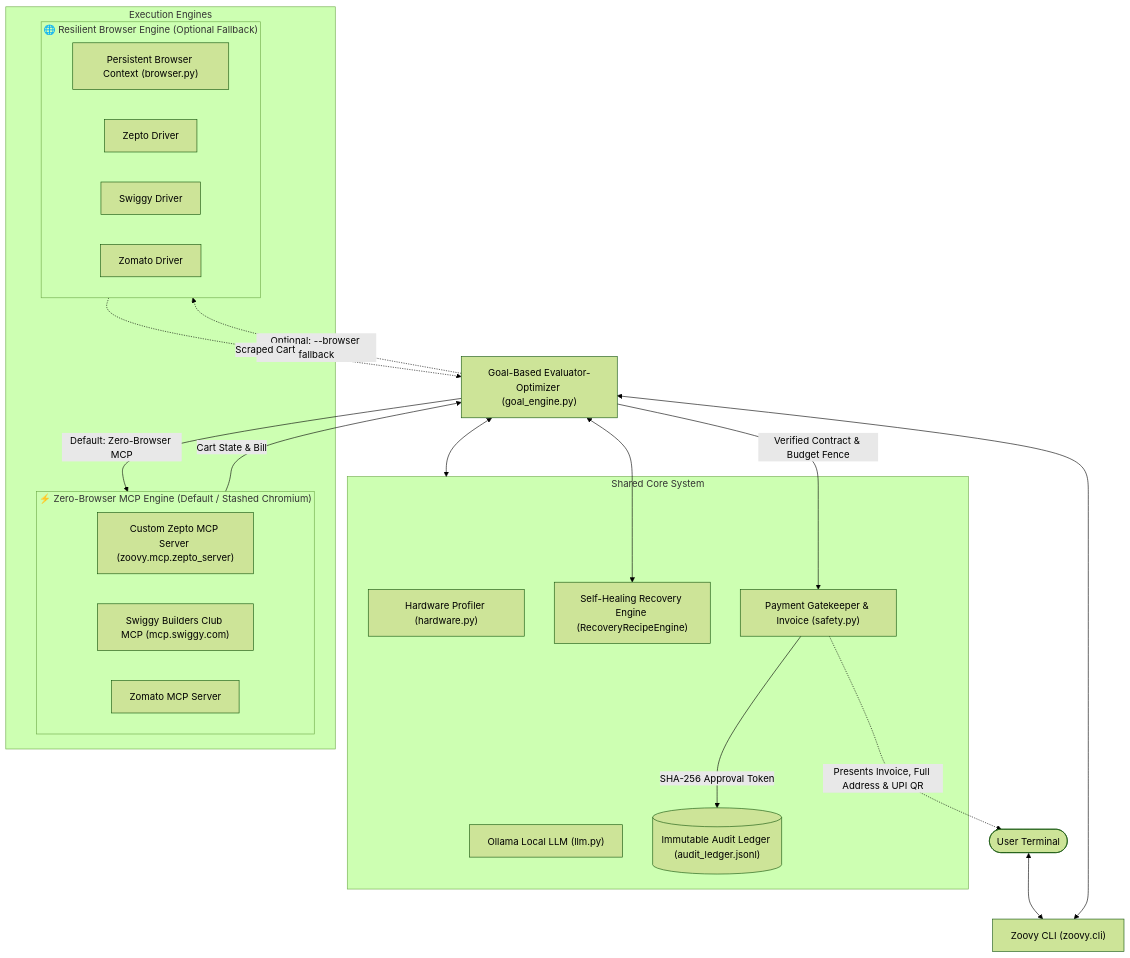
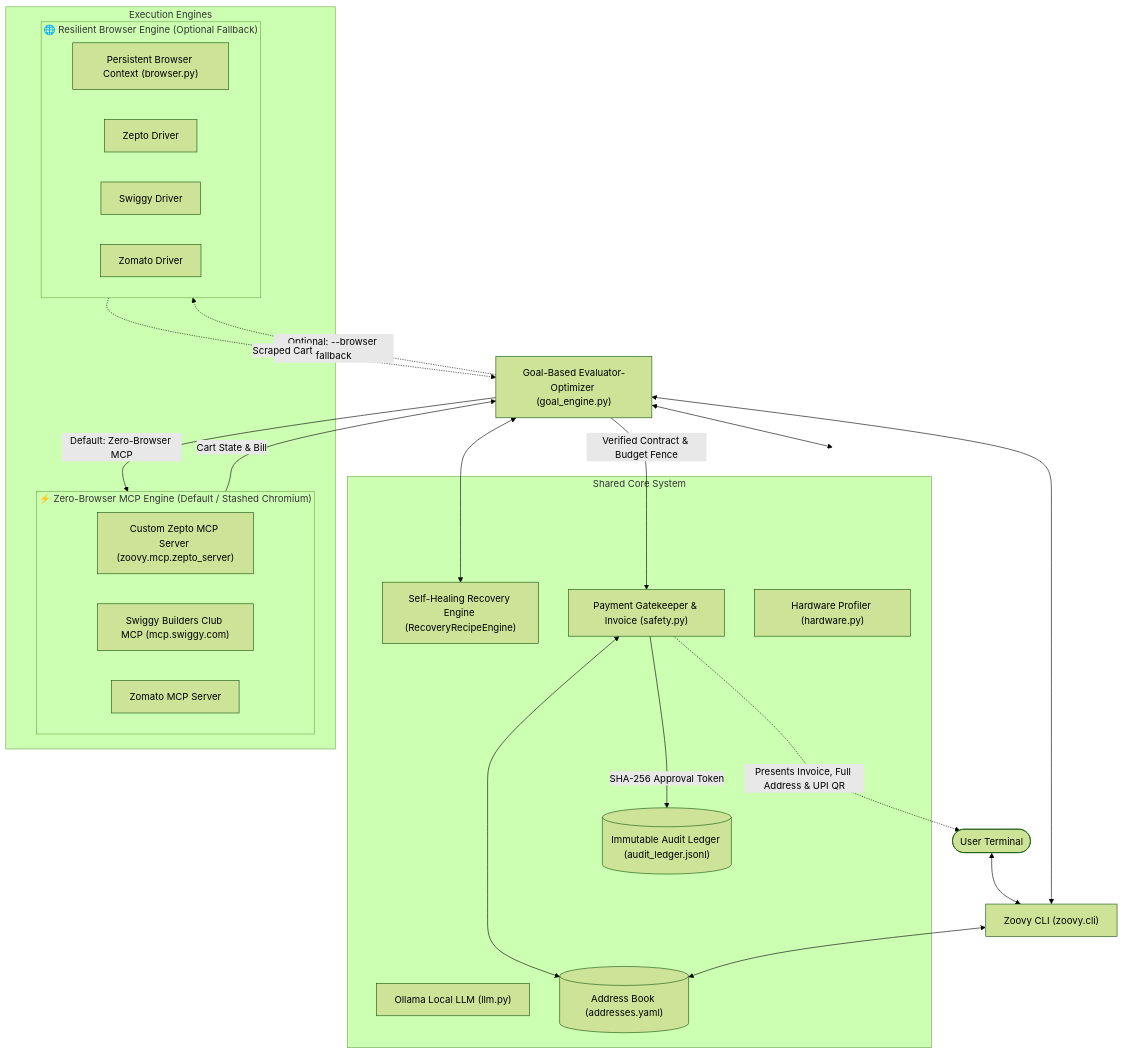
One commit to akusa-03/zoovy changed the diagram in README.md. Above: the diagram before and after it, drawn with Mermaid (forest theme). The commit also changed other lines of this file and 10 other files, not shown here.

Commit message:
feat: eliminate placeholder addresses, add AddressBook and zoovy address CLI (v0.4.1)

````diff
--- a/README.md
+++ b/README.md
@@ -39,41 +39,44 @@
 ```mermaid
 flowchart TD
     User(["User Terminal"]) <--> CLI["Zoovy CLI (zoovy.cli)"]
     CLI <--> GoalEngine["Goal-Based Evaluator-Optimizer (goal_engine.py)"]
 
     subgraph Core ["Shared Core System"]
         HW["Hardware Profiler (hardware.py)"]
         LLM["Ollama Local LLM (llm.py)"]
         Recovery["Self-Healing Recovery Engine (RecoveryRecipeEngine)"]
+        AddrBook[("Address Book (addresses.yaml)")]
         Gate["Payment Gatekeeper & Invoice (safety.py)"]
         Ledger[("Immutable Audit Ledger (audit_ledger.jsonl)")]
     end
 
     GoalEngine <--> Core
     GoalEngine <--> Recovery
+    CLI <--> AddrBook
+    Gate <--> AddrBook
 
     subgraph ExecutionEngines ["Execution Engines"]
         subgraph MCPEngine ["⚡ Zero-Browser MCP Engine (Default / Stashed Chromium)"]
             ZeptoMCP["Custom Zepto MCP Server (zoovy.mcp.zepto_server)"]
             SwiggyMCP["Swiggy Builders Club MCP (mcp.swiggy.com)"]
             ZomatoMCP["Zomato MCP Server"]
         end
 
         subgraph BrowserEngine ["🌐 Resilient Browser Engine (Optional Fallback)"]
             Playwright["Persistent Browser Context (browser.py)"]
             ZeptoDriver["Zepto Driver"]
             SwiggyDriver["Swiggy Driver"]
             ZomatoDriver["Zomato Driver"]
         end
     end
 
     GoalEngine -->|"Default: Zero-Browser MCP"| MCPEngine
     GoalEngine -.->|"Optional: --browser fallback"| BrowserEngine
 
     MCPEngine -->|"Cart State & Bill"| GoalEngine
     BrowserEngine -.->|"Scraped Cart"| GoalEngine
 
     GoalEngine -->|"Verified Contract & Budget Fence"| Gate
     Gate -->|"SHA-256 Approval Token"| Ledger
     Gate -.->|"Presents Invoice, Full Address & UPI QR"| User
 ```
````
